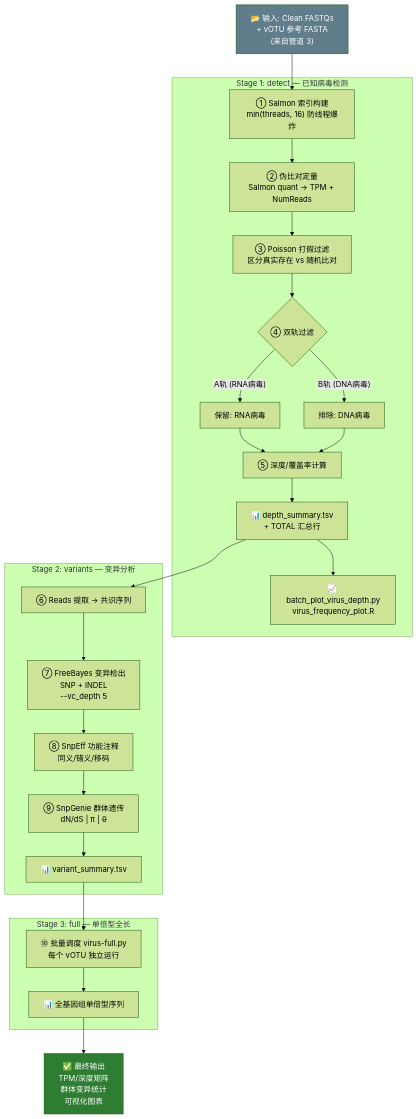
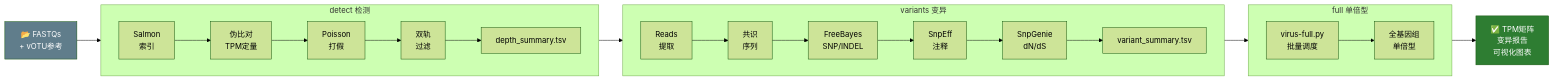
The fifth of 6 diagrams in doc/MMPV-RNA_pipelines_flow.md (zhangwenda0518/MMPV-RNA), drawn with Mermaid (forest theme) before and after one commit. The commit also changed other lines of this file, not shown here.

Commit message:
docs: 四管道流程图改为横向展开 (flowchart LR) + 阶段表格

````diff
--- a/doc/MMPV-RNA_pipelines_flow.md
+++ b/doc/MMPV-RNA_pipelines_flow.md
@@ -191,39 +143,28 @@
 ```mermaid
-flowchart TD
-    A["📂 输入: Clean FASTQs<br/>+ vOTU 参考 FASTA<br/>(来自管道 3)"] --> B
+flowchart LR
+    A["📂 FASTQs<br/>+ vOTU参考"] --> B
 
-    subgraph DETECT["Stage 1: detect — 已知病毒检测"]
-        B["① Salmon 索引构建<br/>min(threads, 16) 防线程爆炸"]
-        B --> B1["② 伪比对定量<br/>Salmon quant → TPM + NumReads"]
-        B1 --> B2["③ Poisson 打假过滤<br/>区分真实存在 vs 随机比对"]
-        B2 --> B3{"④ 双轨过滤"}
-        B3 -->|"A轨 (RNA病毒)"| B4["保留: RNA病毒"]
-        B3 -->|"B轨 (DNA病毒)"| B5["排除: DNA病毒"]
-        B4 --> B6["⑤ 深度/覆盖率计算"]
-        B5 --> B6
-        B6 --> B7["📊 depth_summary.tsv<br/>+ TOTAL 汇总行"]
-        B7 --> B8["📈 batch_plot_virus_depth.py<br/>virus_frequency_plot.R"]
+    subgraph S1["detect 检测"]
+        direction LR
+        B["Salmon<br/>索引"] --> C["伪比对<br/>TPM定量"] --> D["Poisson<br/>打假"] --> E["双轨<br/>过滤"] --> F["depth_summary.tsv"]
     end
 
-    B7 --> C
+    F --> G
 
-    subgraph VARIANTS["Stage 2: variants — 变异分析"]
-        C["⑥ Reads 提取 → 共识序列"]
-        C --> C1["⑦ FreeBayes 变异检出<br/>SNP + INDEL<br/>--vc_depth 5"]
-        C1 --> C2["⑧ SnpEff 功能注释<br/>同义/错义/移码"]
-        C2 --> C3["⑨ SnpGenie 群体遗传<br/>dN/dS | π | θ"]
-        C3 --> C4["📊 variant_summary.tsv"]
+    subgraph S2["variants 变异"]
+        direction LR
+        G["Reads<br/>提取"] --> H["共识<br/>序列"] --> I["FreeBayes<br/>SNP/INDEL"] --> J["SnpEff<br/>注释"] --> K["SnpGenie<br/>dN/dS"] --> L["variant_summary.tsv"]
     end
 
-    C4 --> D
+    L --> M
 
-    subgraph FULL["Stage 3: full — 单倍型全长"]
-        D["⑩ 批量调度 virus-full.py<br/>每个 vOTU 独立运行"]
-        D --> D1["📊 全基因组单倍型序列"]
+    subgraph S3["full 单倍型"]
+        direction LR
+        M["virus-full.py<br/>批量调度"] --> N["全基因组<br/>单倍型"]
     end
 
-    D1 --> OUT4["✅ 最终输出<br/>TPM/深度矩阵<br/>群体变异统计<br/>可视化图表"]
+    N --> O["✅ TPM矩阵<br/>变异报告<br/>可视化图表"]
 
     style A fill:#607d8b,color:#fff
-    style OUT4 fill:#2e7d32,color:#fff
+    style O fill:#2e7d32,color:#fff
 ```
````
